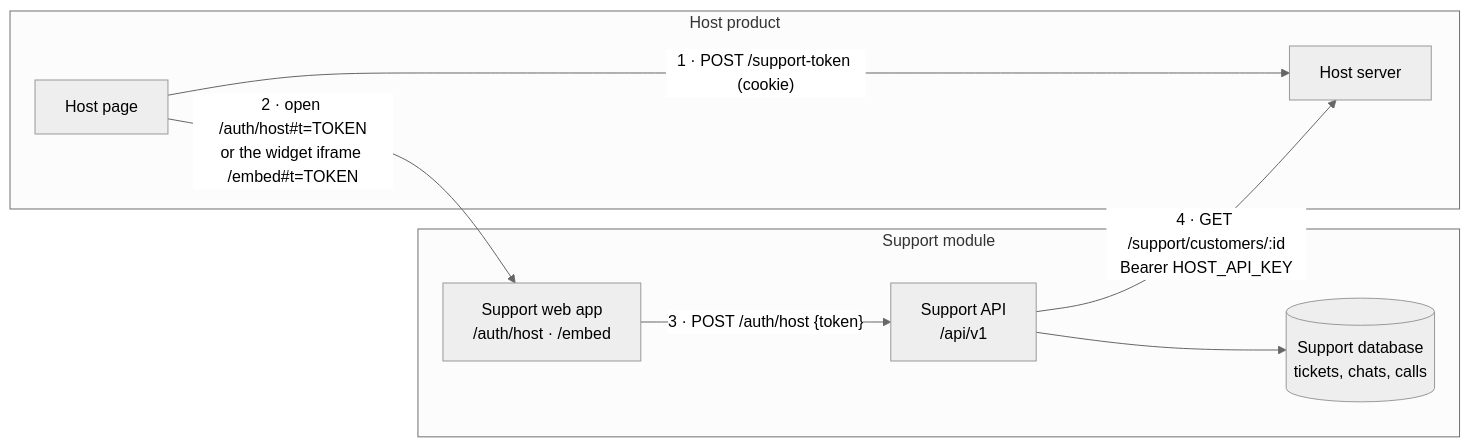
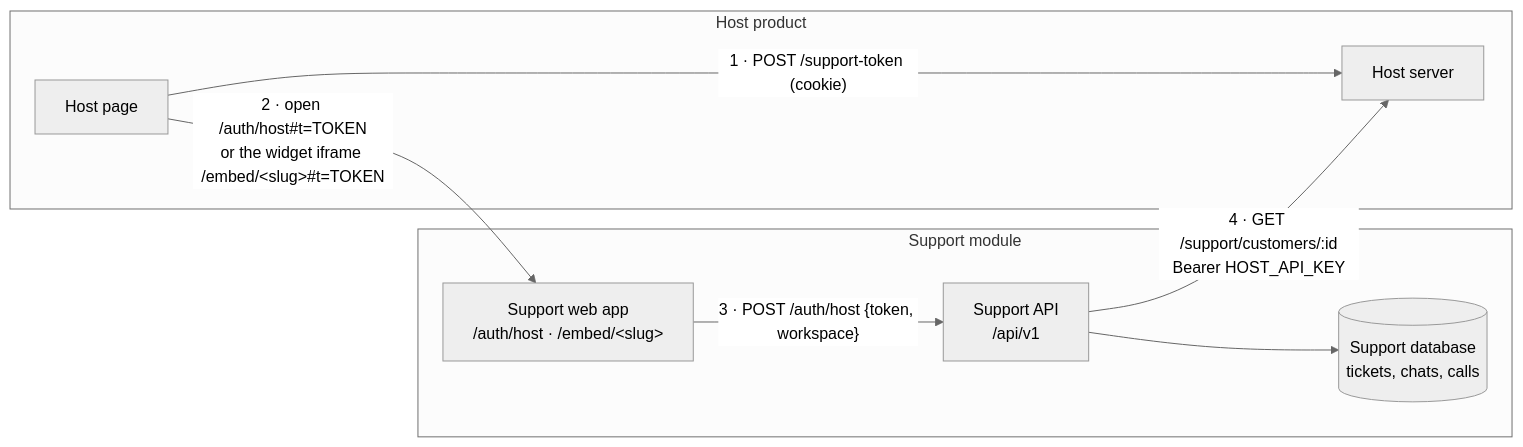
One commit to akshykmratloop/bookLeaf_support_system changed the diagram in docs/integration.md. Above: the diagram before and after it, drawn with Mermaid (neutral theme). The commit also changed other lines of this file and 58 other files, not shown here.

````diff
--- a/docs/integration.md
+++ b/docs/integration.md
@@ -16,17 +16,17 @@
 ```mermaid
 flowchart LR
     subgraph host["Host product"]
         page["Host page"]
         hostApi["Host server"]
     end
     subgraph support["Support module"]
-        web["Support web app<br/>/auth/host · /embed"]
+        web["Support web app<br/>/auth/host · /embed/&lt;slug&gt;"]
         api["Support API<br/>/api/v1"]
         db[("Support database<br/>tickets, chats, calls")]
     end
     page -- "1 · POST /support-token (cookie)" --> hostApi
-    page -- "2 · open /auth/host#t=TOKEN<br/>or the widget iframe /embed#t=TOKEN" --> web
-    web -- "3 · POST /auth/host {token}" --> api
+    page -- "2 · open /auth/host#t=TOKEN<br/>or the widget iframe /embed/&lt;slug&gt;#t=TOKEN" --> web
+    web -- "3 · POST /auth/host {token, workspace}" --> api
     api -- "4 · GET /support/customers/:id<br/>Bearer HOST_API_KEY" --> hostApi
     api --> db
 ```
````
